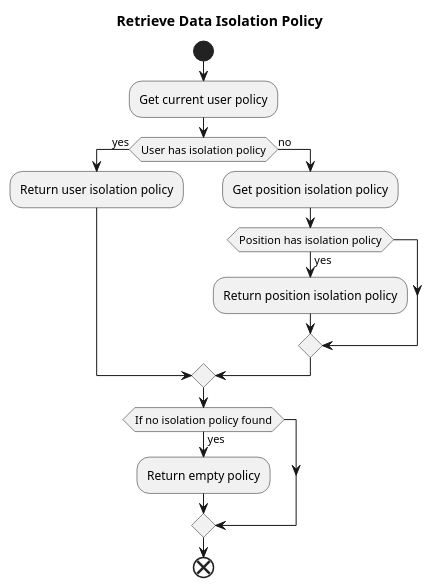
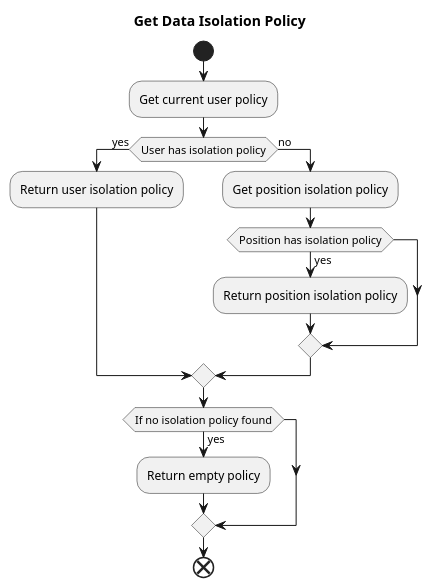
One commit to mineadmin/doc-v3 changed the diagram in docs/en/backend/data-permission/config.md. Above: the diagram before and after it, drawn with PlantUML. The commit also changed other lines of this file and 225 other files, not shown here.

````diff
--- a/docs/en/backend/data-permission/config.md
+++ b/docs/en/backend/data-permission/config.md
@@ -22,22 +19,22 @@
 ```plantuml
 @startuml
-title Retrieve Data Isolation Policy
+title Get Data Isolation Policy
 start
 :Get current user policy;
 if (User has isolation policy) then (yes)
     :Return user isolation policy;
 else (no)
     :Get position isolation policy;
     if (Position has isolation policy) then (yes)
         :Return position isolation policy;
     endif
 endif
 
 if(If no isolation policy found) then (yes)
     :Return empty policy;
 endif
 
 end
 
 @enduml
 ```
````
